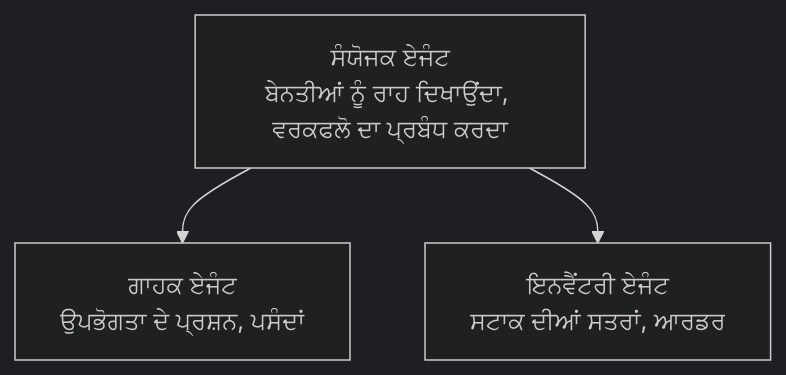
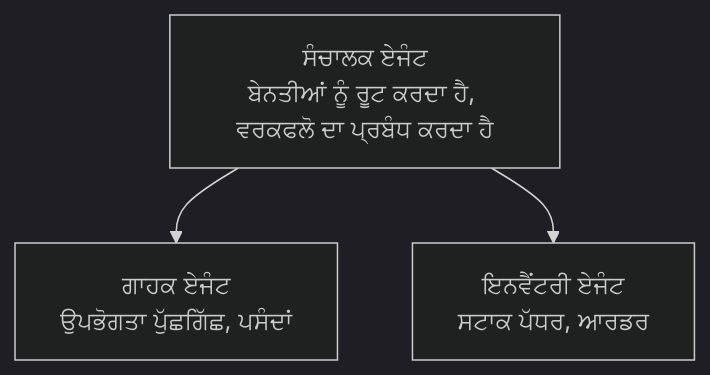
The diagram in translations/pa/docs/chapter-05-multi-agent/README.md (microsoft/AZD-for-beginners), drawn with Mermaid (dark theme) before and after one commit. The commit also changed other lines of this file and 101 other files, not shown here.

````diff
--- a/translations/pa/docs/chapter-05-multi-agent/README.md
+++ b/translations/pa/docs/chapter-05-multi-agent/README.md
@@ -50,5 +52,5 @@
 ```mermaid
 graph TD
-    Orchestrator[ਸੰਯੋਜਕ ਏਜੰਟ<br/>ਬੇਨਤੀਆਂ ਨੂੰ ਰਾਹ ਦਿਖਾਉਂਦਾ, ਵਰਕਫਲੋ ਦਾ ਪ੍ਰਬੰਧ ਕਰਦਾ] --> Customer[ਗਾਹਕ ਏਜੰਟ<br/>ਉਪਭੋਗਤਾ ਦੇ ਪ੍ਰਸ਼ਨ, ਪਸੰਦਾਂ]
-    Orchestrator --> Inventory[ਇਨਵੈਂਟਰੀ ਏਜੰਟ<br/>ਸਟਾਕ ਦੀਆਂ ਸਤਰਾਂ, ਆਰਡਰ]
+    Orchestrator[ਸੰਚਾਲਕ ਏਜੰਟ<br/>ਬੇਨਤੀਆਂ ਨੂੰ ਰੂਟ ਕਰਦਾ ਹੈ, ਵਰਕਫਲੋ ਦਾ ਪ੍ਰਬੰਧ ਕਰਦਾ ਹੈ] --> Customer[ਗਾਹਕ ਏਜੰਟ<br/>ਉਪਭੋਗਤਾ ਪੁੱਛਗਿੱਛ, ਪਸੰਦਾਂ]
+    Orchestrator --> Inventory[ਇਨਵੈਂਟਰੀ ਏਜੰਟ<br/>ਸਟਾਕ ਪੱਧਰ, ਆਰਡਰ]
 ```
````
